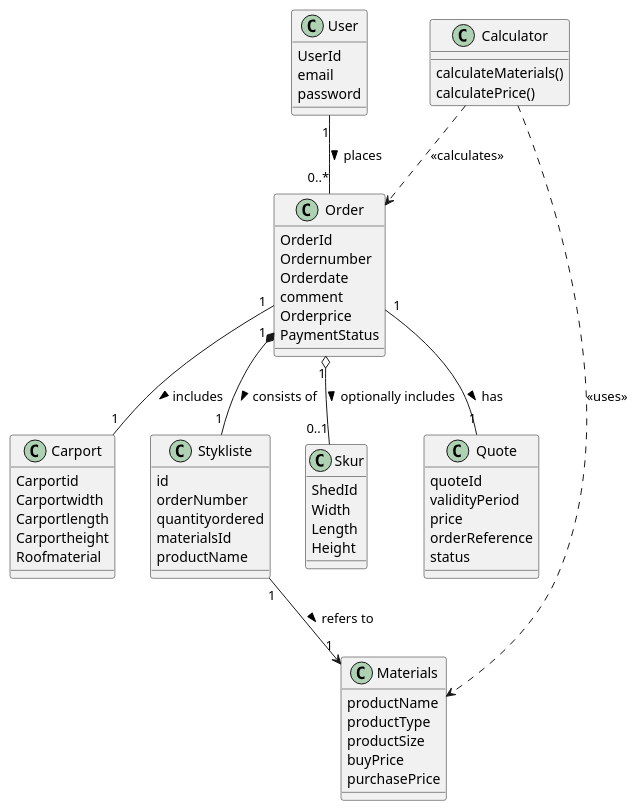
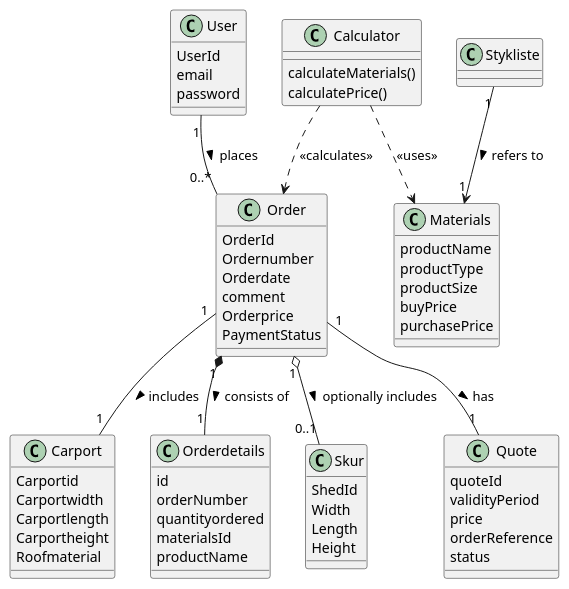
One commit to MariamE04/CarportFOG changed the diagram in UML/FOG.puml. Above: the diagram before and after it, drawn with PlantUML. The commit also changed 1 other file, not shown here.

```diff
--- a/UML/FOG.puml
+++ b/UML/FOG.puml
@@ -1,73 +1,73 @@
 @startuml
 
 class User {
   UserId
   email
   password
 }
 
 class Carport {
   Carportid
   Carportwidth
   Carportlength
   Carportheight
   Roofmaterial
 }
 
 class Order {
   OrderId
   Ordernumber
   Orderdate
   comment
   Orderprice
   PaymentStatus
 }
 
-class Stykliste {
+class Orderdetails {
   id
   orderNumber
   quantityordered
   materialsId
   productName
 }
 
 class Skur {
   ShedId
   Width
   Length
   Height
 }
 
 class Quote {
   quoteId
   validityPeriod
   price
   orderReference
   status
 }
 
 class Materials {
   productName
   productType
   productSize
   buyPrice
   purchasePrice
 }
 
 class Calculator {
   calculateMaterials()
   calculatePrice()
 }
 
 ' Relationer
 User "1" -- "0..*" Order : places >
 Order "1" -- "1" Carport : includes >
 Order "1" -- "1" Quote : has >
 Order "1" o-- "0..1" Skur : optionally includes >
-Order "1" *-- "1" Stykliste : consists of >
+Order "1" *-- "1" Orderdetails : consists of >
 Stykliste "1" --> "1" Materials : refers to >
 
 Calculator ..> Materials : <<uses>>
 Calculator ..> Order : <<calculates>>
 
 @enduml
```
